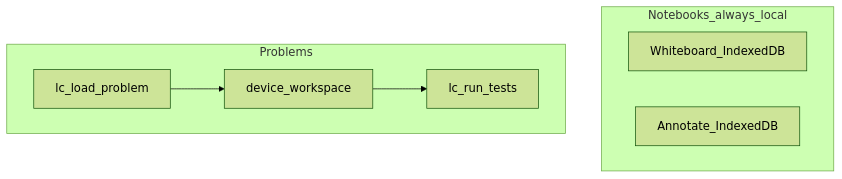
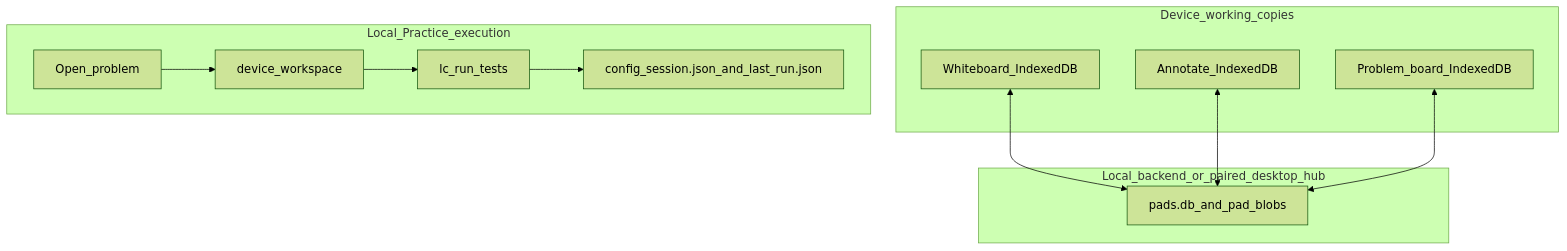
The second of 2 diagrams in ARCHITECTURE.md (amittenak47/lc-gui-tui), drawn with Mermaid (forest theme) before and after one commit. The commit also changed other lines of this file and 4 other files, not shown here.

First line of the commit message:
docs: Pen Island README, architecture, client and Android guides

````diff
--- a/ARCHITECTURE.md
+++ b/ARCHITECTURE.md
@@ -77,12 +111,20 @@
 ```mermaid
 flowchart TD
-  subgraph notebooks [Notebooks_always_local]
+  subgraph device [Device_working_copies]
     WB[Whiteboard_IndexedDB]
     AN[Annotate_IndexedDB]
+    PB[Problem_board_IndexedDB]
   end
-  subgraph problems [Problems]
-    Load[lc_load_problem]
+  subgraph hub [Local_backend_or_paired_desktop_hub]
+    Pads[pads.db_and_pad_blobs]
+  end
+  WB <--> Pads
+  AN <--> Pads
+  PB <--> Pads
+  subgraph practice [Local_Practice_execution]
+    Load[Open_problem]
     Load --> Workspace[device_workspace]
     Workspace --> Tests[lc_run_tests]
+    Tests --> Progress[config_session.json_and_last_run.json]
   end
 ```
````
